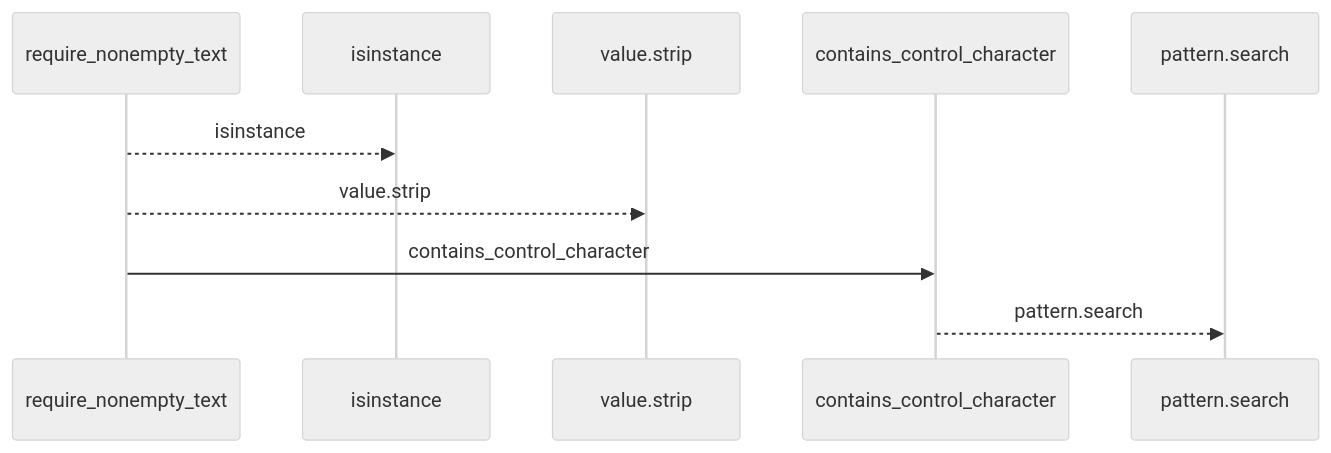
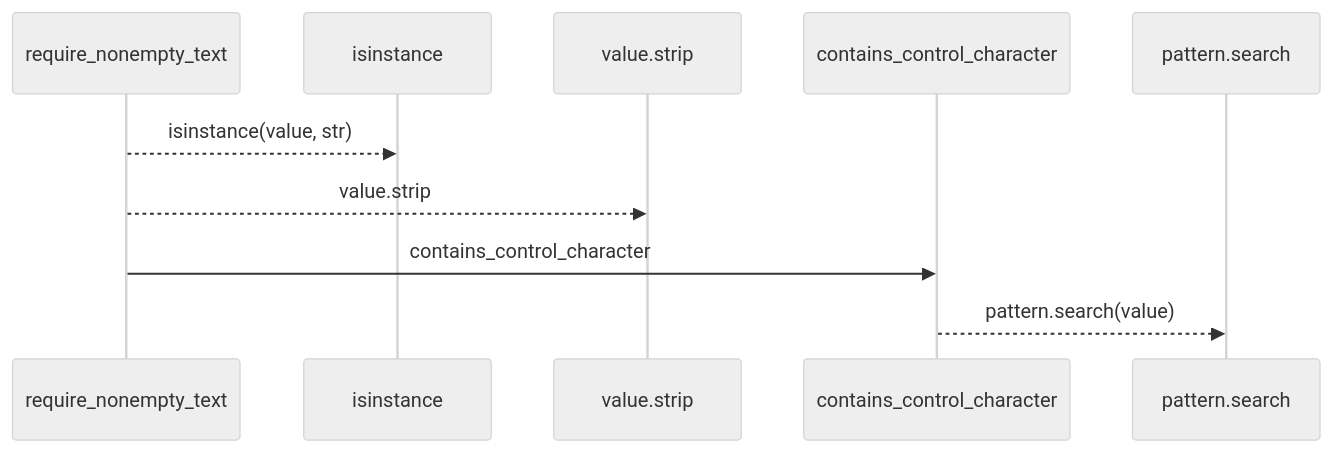
One commit to Denissvgn/python-wiki-llm changed the first of 2 diagrams in docs/llm_wiki/flows/api-require_nonempty_text.md. Above: the diagram before and after it, drawn with Mermaid (neutral theme). The commit also changed other lines of this file and 1410 other files, not shown here.

````diff
--- a/docs/llm_wiki/flows/api-require_nonempty_text.md
+++ b/docs/llm_wiki/flows/api-require_nonempty_text.md
@@ -10,12 +12,12 @@
 ```mermaid
 sequenceDiagram
     participant p0 as require_nonempty_text
     participant p1 as isinstance
     participant p2 as value.strip
     participant p3 as contains_control_character
     participant p4 as pattern.search
-    p0-->>p1: isinstance
+    p0-->>p1: isinstance(value, str)
     p0-->>p2: value.strip
     p0->>p3: contains_control_character
-    p3-->>p4: pattern.search
+    p3-->>p4: pattern.search(value)
 ```
````
